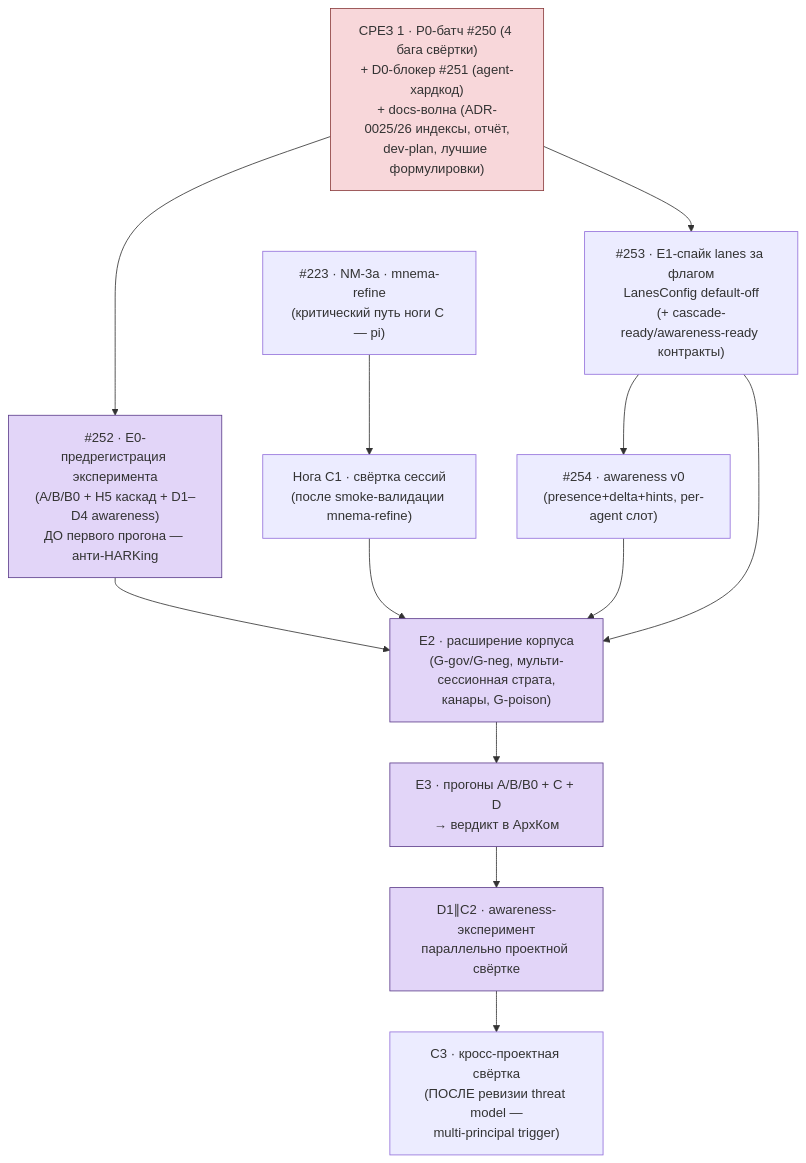
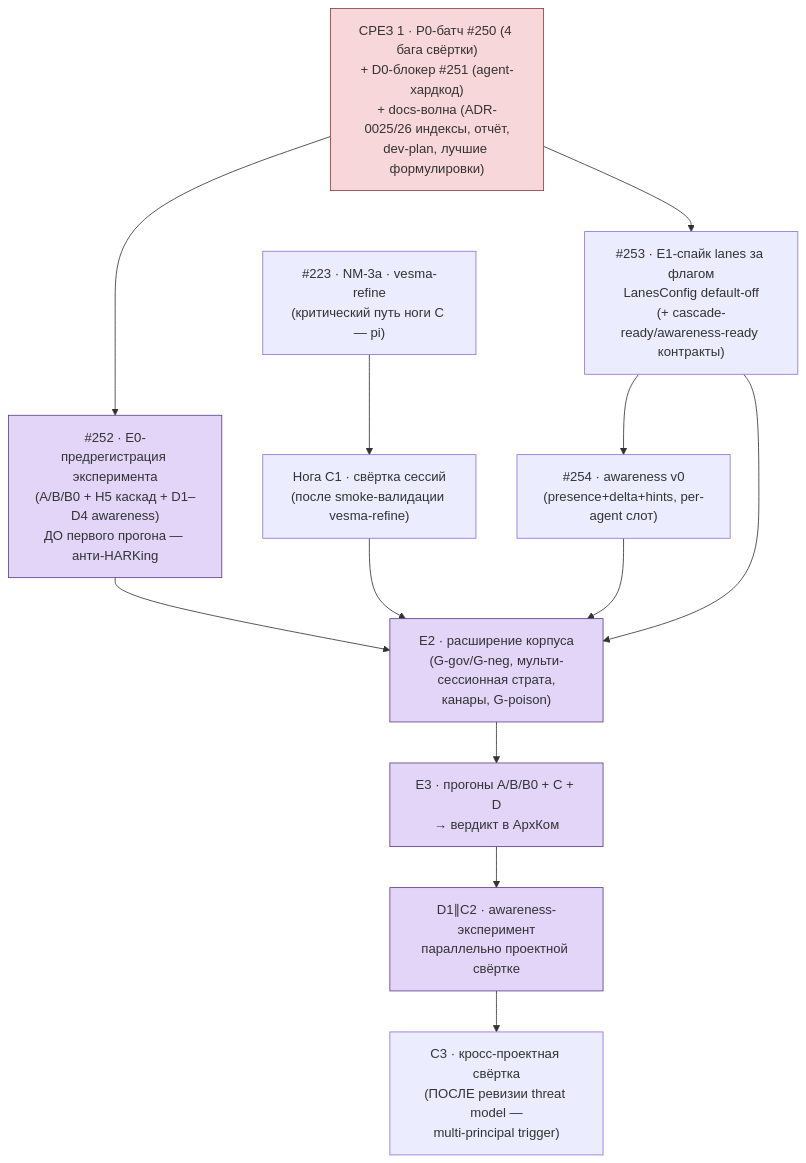
The second of 5 diagrams in docs/project/dev-plan.md (vesmaro/vesma), drawn with Mermaid before and after one commit. The commit also changed other lines of this file and 41 other files, not shown here.

Commit message:
refactor(models): rename bundled embedder mnema-embed-v1 -> vesma-embed-v1 (hash-preserving + legacy fallback)

````diff
--- a/docs/project/dev-plan.md
+++ b/docs/project/dev-plan.md
@@ -207,28 +207,28 @@
 ```mermaid
 flowchart TD
     S1["СРЕЗ 1 · P0-батч #250 (4 бага свёртки)<br/>+ D0-блокер #251 (agent-хардкод)<br/>+ docs-волна (ADR-0025/26 индексы, отчёт,<br/>dev-plan, лучшие формулировки)"]
     E0["#252 · E0-предрегистрация эксперимента<br/>(A/B/B0 + H5 каскад + D1–D4 awareness)<br/>ДО первого прогона — анти-HARKing"]
     E1["#253 · E1-спайк lanes за флагом<br/>LanesConfig default-off<br/>(+ cascade-ready/awareness-ready контракты)"]
     AWR["#254 · awareness v0<br/>(presence+delta+hints, per-agent слот)"]
-    NM3a["#223 · NM-3a · mnema-refine<br/>(критический путь ноги C — pi)"]
-    C1["Нога C1 · свёртка сессий<br/>(после smoke-валидации mnema-refine)"]
+    NM3a["#223 · NM-3a · vesma-refine<br/>(критический путь ноги C — pi)"]
+    C1["Нога C1 · свёртка сессий<br/>(после smoke-валидации vesma-refine)"]
     E2["E2 · расширение корпуса<br/>(G-gov/G-neg, мульти-сессионная страта,<br/>канары, G-poison)"]
     E3["E3 · прогоны A/B/B0 + C + D<br/>→ вердикт в АрхКом"]
     D1["D1∥C2 · awareness-эксперимент<br/>параллельно проектной свёртке"]
     C3["C3 · кросс-проектная свёртка<br/>(ПОСЛЕ ревизии threat model —<br/>multi-principal trigger)"]
     S1 --> E0
     S1 --> E1
     E1 --> AWR
     NM3a --> C1
     E0 --> E2
     E1 --> E2
     C1 --> E2
     AWR --> E2
     E2 --> E3
     E3 --> D1
     D1 --> C3
     classDef blocker fill:#f8d7da,stroke:#8b3d3d
     classDef exp fill:#e2d5f8,stroke:#5d3d8b
     class S1 blocker
     class E0,E2,E3,D1 exp
 ```
````
